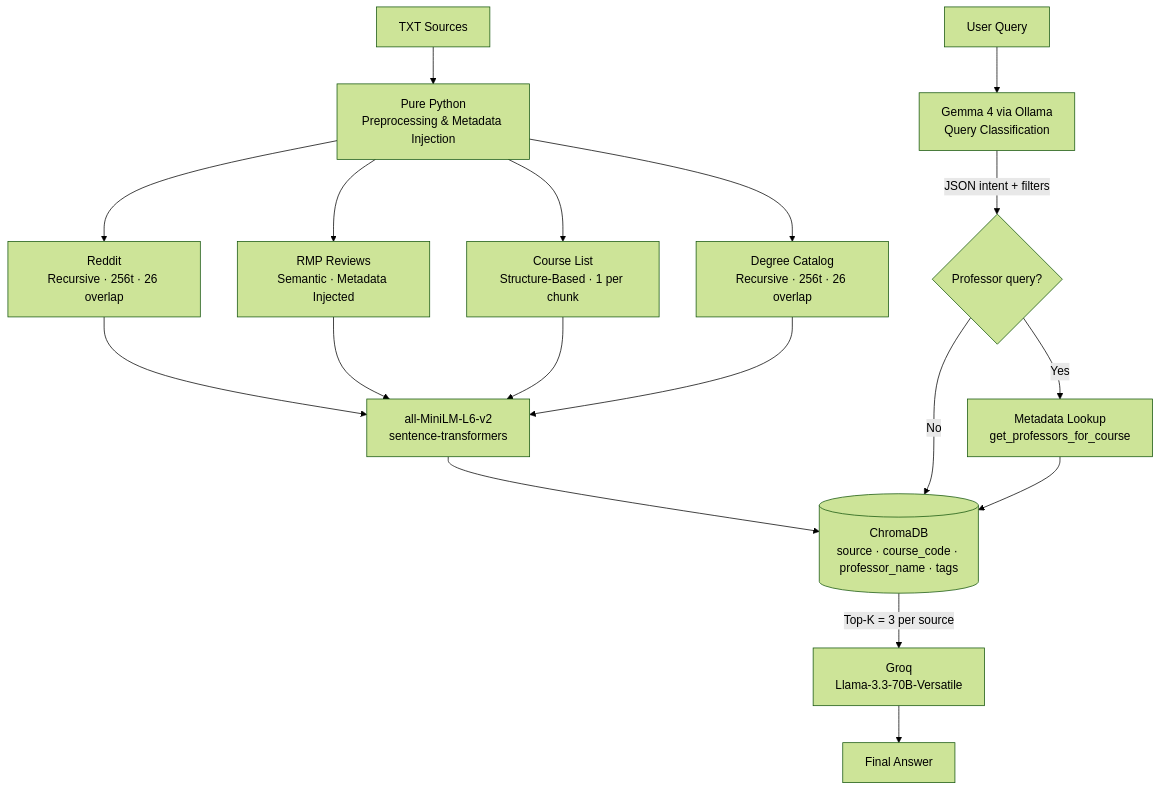
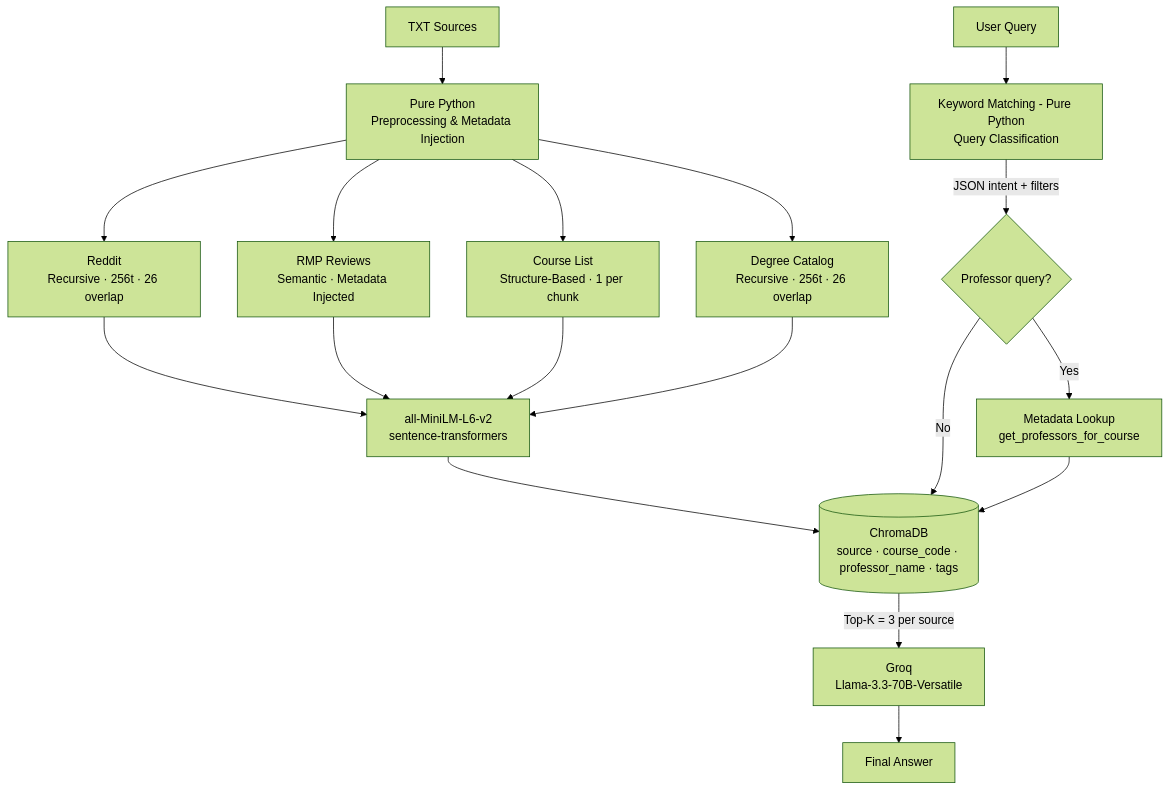
Before and after one commit to JoseLoarca/ai201-project1: the first of 2 diagrams in planning.md, drawn with Mermaid (forest theme). The commit also changed other lines of this file and 3 other files, not shown here.

````diff
--- a/planning.md
+++ b/planning.md
@@ -152,21 +152,21 @@
 ```mermaid
 flowchart TD
     A[TXT Sources] --> B[Pure Python\nPreprocessing & Metadata Injection]
 
     B --> C1[Reddit\nRecursive · 256t · 26 overlap]
     B --> C2[RMP Reviews\nSemantic · Metadata Injected]
     B --> C3[Course List\nStructure-Based · 1 per chunk]
     B --> C4[Degree Catalog\nRecursive · 256t · 26 overlap]
 
     C1 & C2 & C3 & C4 --> D[all-MiniLM-L6-v2\nsentence-transformers]
     D --> E[(ChromaDB\nsource · course_code · professor_name · tags)]
 
-    F[User Query] --> G[Gemma 4 via Ollama\nQuery Classification]
+    F[User Query] --> G[Keyword Matching - Pure Python\nQuery Classification]
     G -->|JSON intent + filters| H{Professor query?}
     H -->|Yes| I[Metadata Lookup\nget_professors_for_course]
     H -->|No| E
     I --> E
 
     E -->|Top-K = 3 per source| J[Groq\nLlama-3.3-70B-Versatile]
     J --> K[Final Answer]
 ```
````
